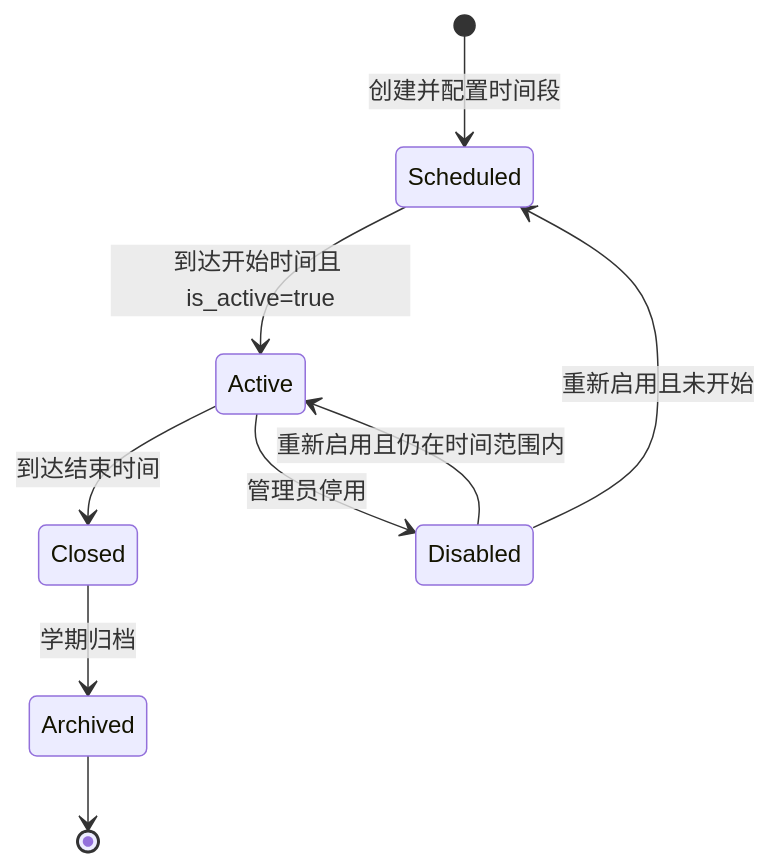
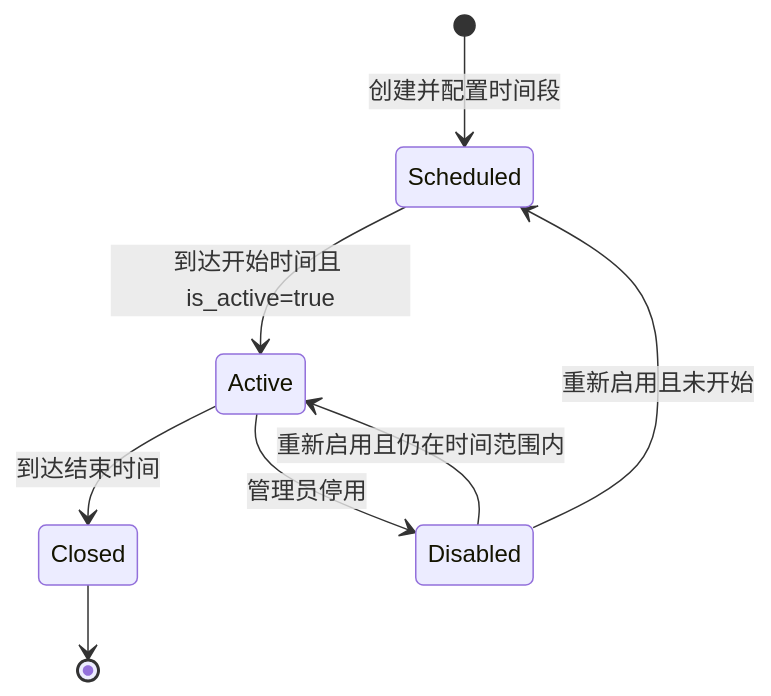
Before and after one commit to EmergentTwilight/Smart-Teaching-Service-System: diagram 15 of 21 in docs/mid-term_report.md, drawn with Mermaid. The commit also changed other lines of this file, not shown here.

Commit message:
doc(C): fix conflictions in C part of mid-term report.

````diff
--- a/docs/mid-term_report.md
+++ b/docs/mid-term_report.md
@@ -823,11 +824,10 @@
 ```mermaid
 stateDiagram-v2
     [*] --> Scheduled: 创建并配置时间段
     Scheduled --> Active: 到达开始时间且 is_active=true
     Active --> Closed: 到达结束时间
     Active --> Disabled: 管理员停用
     Disabled --> Scheduled: 重新启用且未开始
     Disabled --> Active: 重新启用且仍在时间范围内
-    Closed --> Archived: 学期归档
-    Archived --> [*]
+    Closed --> [*]
 ```
````
